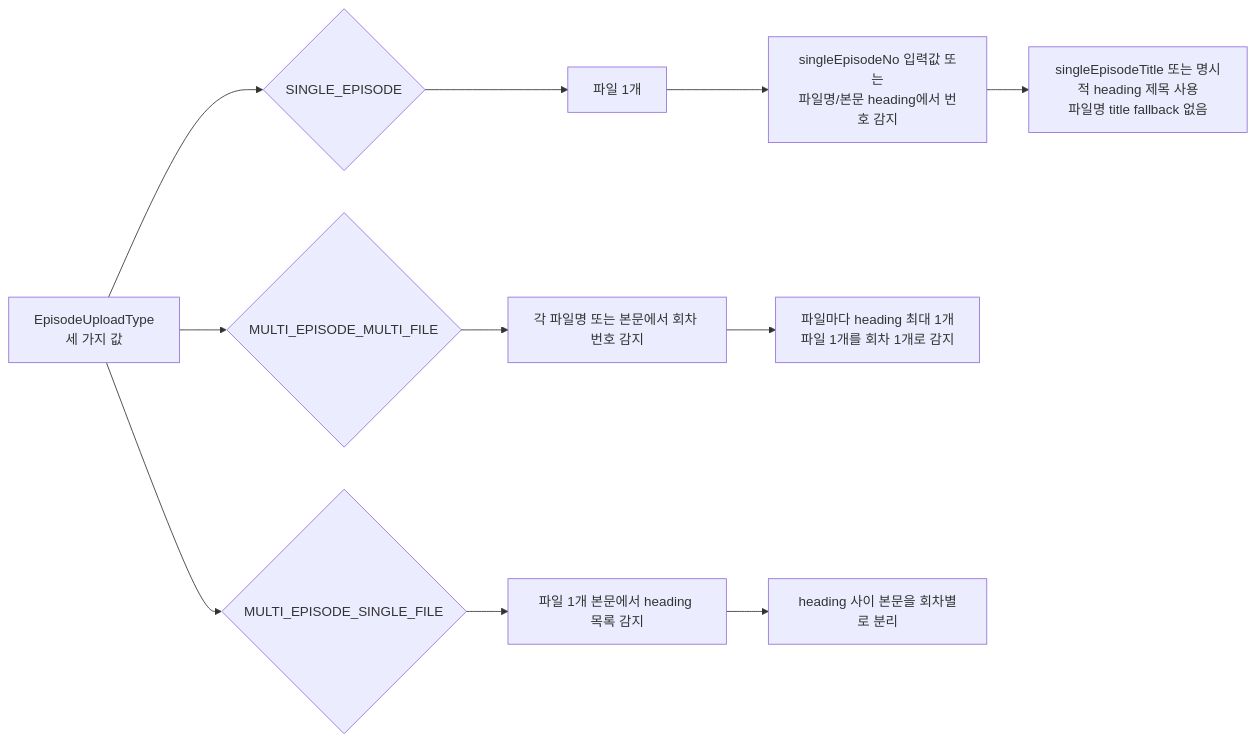
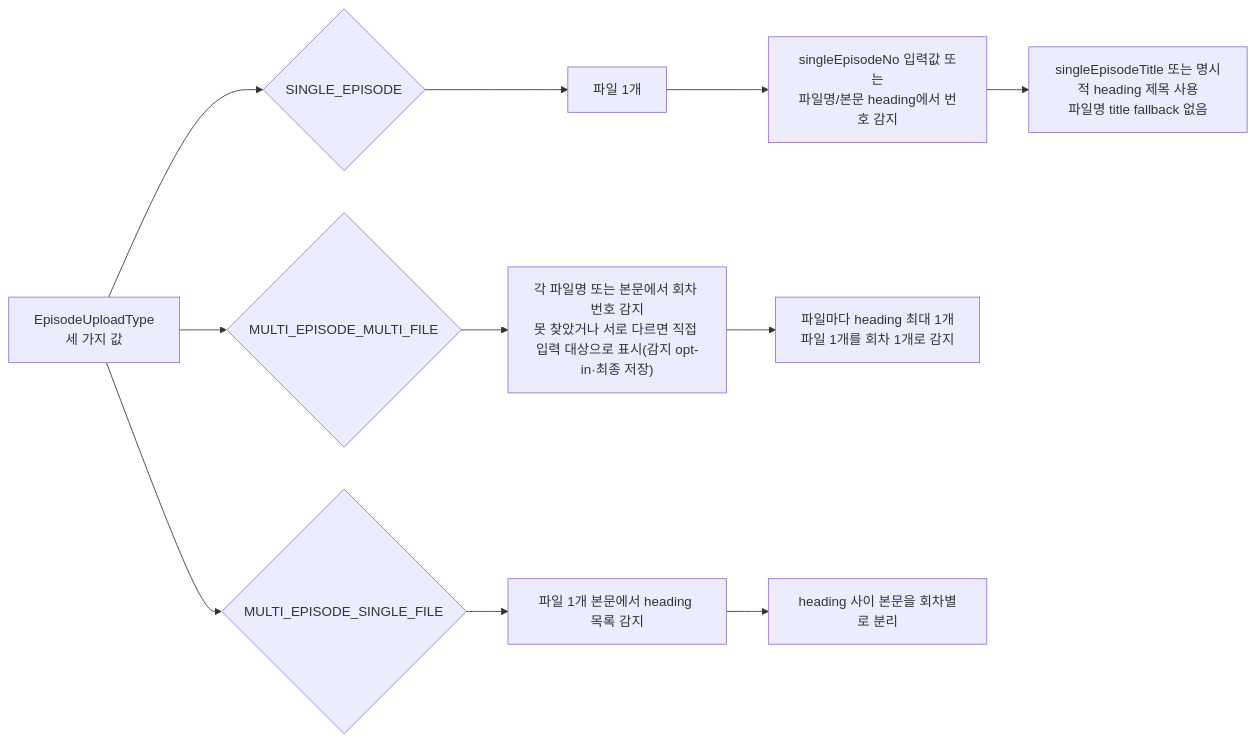
The third of 4 diagrams in docs/upload-episode-workflow.md (catchhole-soma/catchhole-backend-java), drawn with Mermaid before and after one commit. The commit also changed 4 other files, not shown here.

````diff
--- a/docs/upload-episode-workflow.md
+++ b/docs/upload-episode-workflow.md
@@ -97,16 +97,16 @@
 ```mermaid
 flowchart LR
     A["EpisodeUploadType<br/>세 가지 값"] --> B{"SINGLE_EPISODE"}
     A --> C{"MULTI_EPISODE_MULTI_FILE"}
     A --> D{"MULTI_EPISODE_SINGLE_FILE"}
 
     B --> B1["파일 1개"]
     B1 --> B2["singleEpisodeNo 입력값 또는<br/>파일명/본문 heading에서 번호 감지"]
     B2 --> B3["singleEpisodeTitle 또는 명시적 heading 제목 사용<br/>파일명 title fallback 없음"]
 
-    C --> C1["각 파일명 또는 본문에서 회차 번호 감지"]
+    C --> C1["각 파일명 또는 본문에서 회차 번호 감지<br/>못 찾았거나 서로 다르면 직접 입력 대상으로 표시(감지 opt-in·최종 저장)"]
     C1 --> C2["파일마다 heading 최대 1개<br/>파일 1개를 회차 1개로 감지"]
 
     D --> D1["파일 1개 본문에서 heading 목록 감지"]
     D1 --> D2["heading 사이 본문을 회차별로 분리"]
 ```
````
